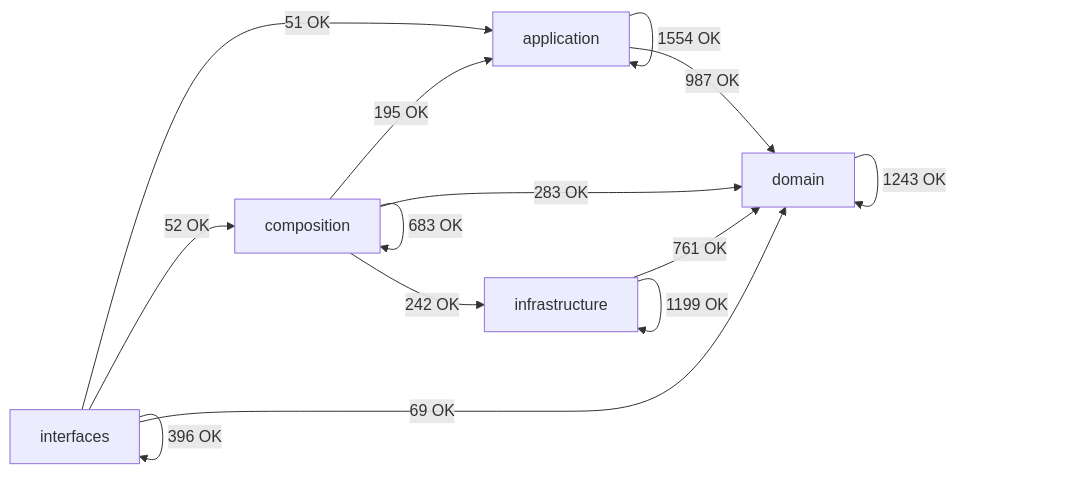
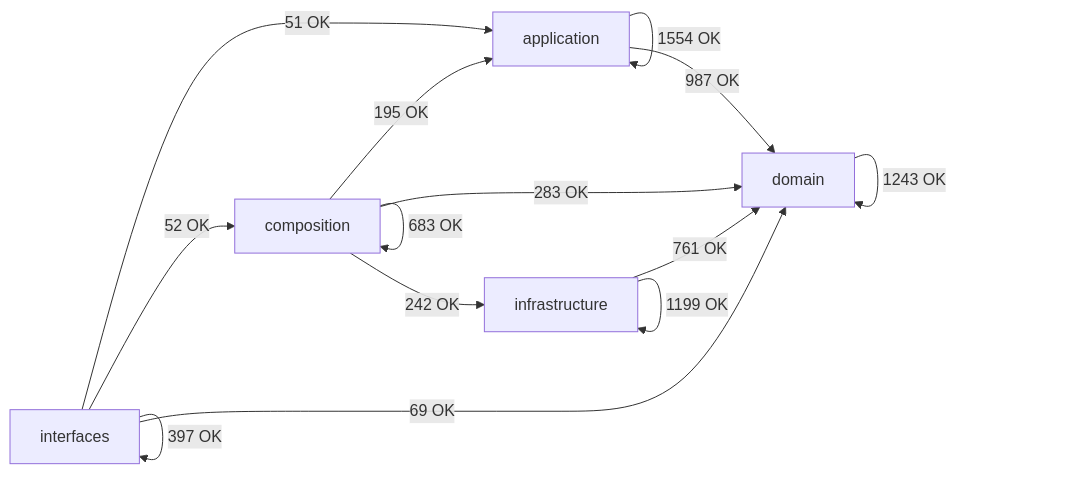
One commit to SatoryKono/BioactivityDataAcquisition changed the diagram in docs/02-architecture/generated/module-dependency-map.md. Above: the diagram before and after it, drawn with Mermaid. The commit also changed other lines of this file and 18 other files, not shown here.

Commit message:
fix(grafana): satisfy type and architecture contracts

````diff
--- a/docs/02-architecture/generated/module-dependency-map.md
+++ b/docs/02-architecture/generated/module-dependency-map.md
@@ -17,21 +17,21 @@
 ```mermaid
 flowchart LR
     domain[domain]
     application[application]
     infrastructure[infrastructure]
     composition[composition]
     interfaces[interfaces]
     application -->|1554 OK| application
     application -->|987 OK| domain
     composition -->|195 OK| application
     composition -->|683 OK| composition
     composition -->|283 OK| domain
     composition -->|242 OK| infrastructure
     domain -->|1243 OK| domain
     infrastructure -->|761 OK| domain
     infrastructure -->|1199 OK| infrastructure
     interfaces -->|51 OK| application
     interfaces -->|52 OK| composition
     interfaces -->|69 OK| domain
-    interfaces -->|396 OK| interfaces
+    interfaces -->|397 OK| interfaces
 ```
````
